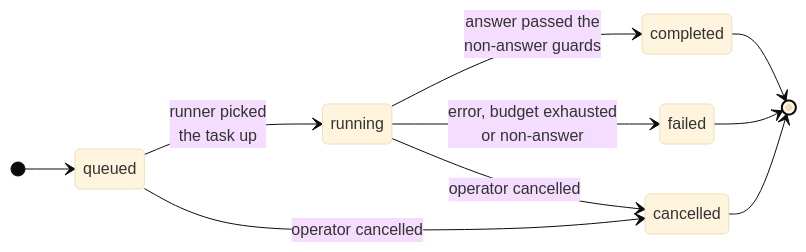
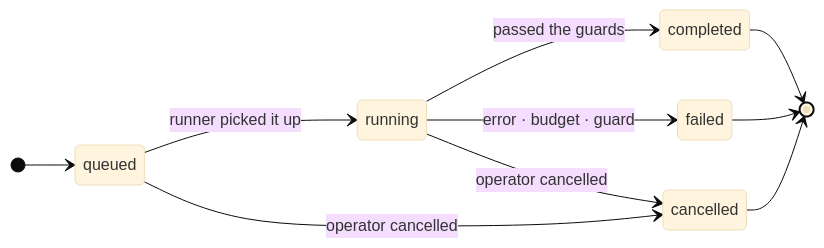
One commit to Bishwajit-2810/Defense changed the diagram in paper/diagrams/fig-agent-lifecycle.mmd. Above: the diagram before and after it, drawn with Mermaid (base theme). The commit also changed 40 other files, not shown here.

```diff
--- a/paper/diagrams/fig-agent-lifecycle.mmd
+++ b/paper/diagrams/fig-agent-lifecycle.mmd
@@ -1,11 +1,11 @@
 stateDiagram-v2
     direction LR
     [*] --> queued
-    queued --> running: runner picked<br/>the task up
-    running --> completed: answer passed the<br/>non-answer guards
-    running --> failed: error, budget exhausted<br/>or non-answer
+    queued --> running: runner picked it up
+    running --> completed: passed the guards
+    running --> failed: error · budget · guard
     queued --> cancelled: operator cancelled
     running --> cancelled: operator cancelled
     completed --> [*]
     failed --> [*]
     cancelled --> [*]
```
